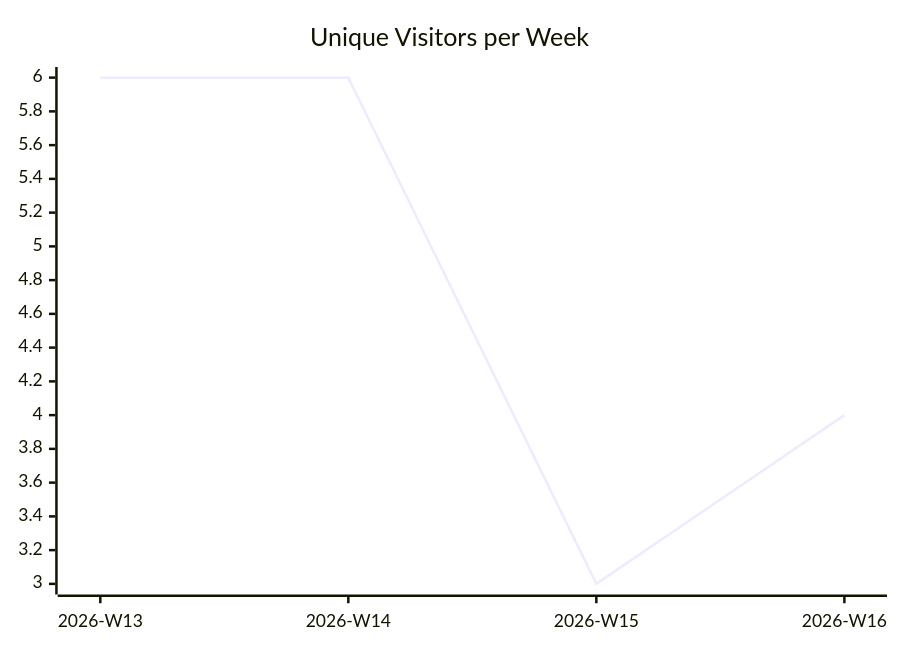
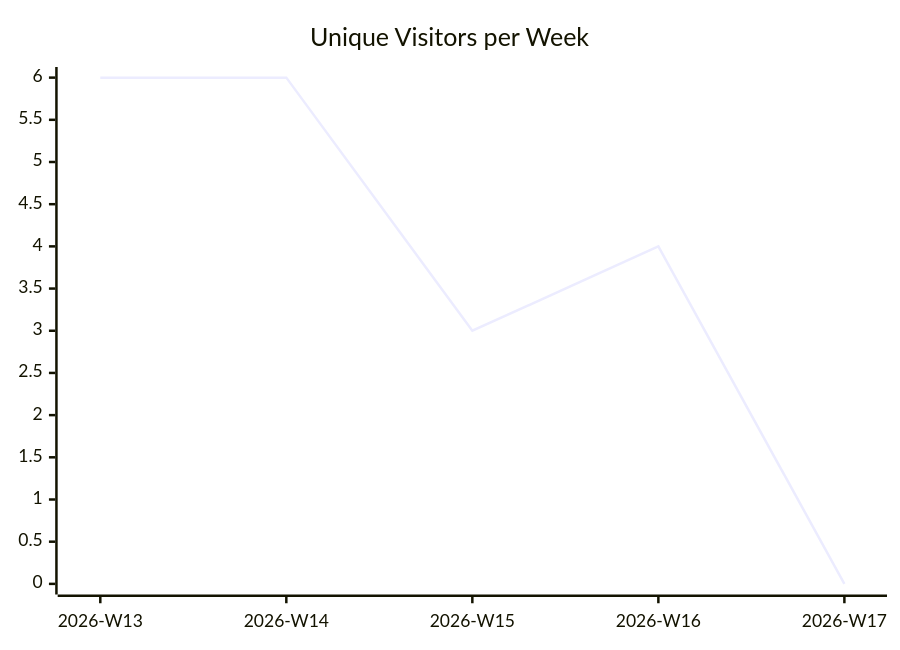
Before and after one commit to justdavis-family/github-analytics-data: the first of 3 diagrams in karlmdavis/ksoap2-android/README.md, drawn with Mermaid. The commit also changed other lines of this file and 192 other files, not shown here.

````diff
--- a/karlmdavis/ksoap2-android/README.md
+++ b/karlmdavis/ksoap2-android/README.md
@@ -5,6 +5,6 @@
 ```mermaid
 xychart-beta
   title "Unique Visitors per Week"
-  x-axis ["2026-W13", "2026-W14", "2026-W15", "2026-W16"]
-  line [6, 6, 3, 4]
+  x-axis ["2026-W13", "2026-W14", "2026-W15", "2026-W16", "2026-W17"]
+  line [6, 6, 3, 4, 0]
 ```
````
